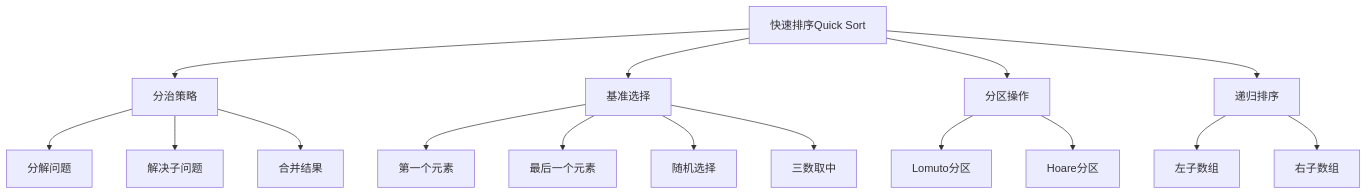
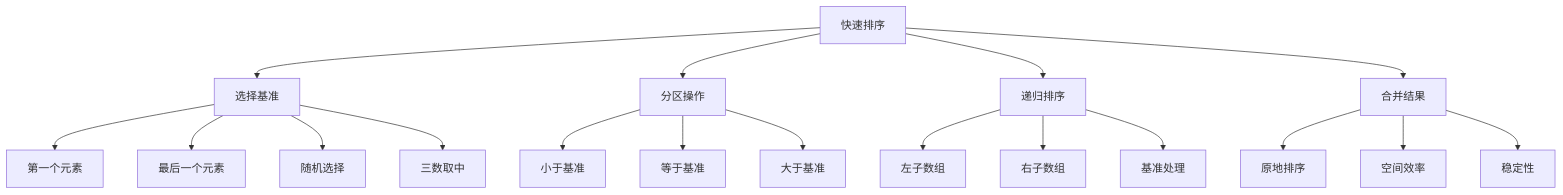
The diagram in 计算机/编程基础/数据结构/04-算法武器库/02-排序艺术/02-快速排序算法.md (Anping2017/obsidian), drawn with Mermaid before and after one commit. The commit also changed other lines of this file and 622 other files, not shown here.

````diff
--- a/计算机/编程基础/数据结构/04-算法武器库/02-排序艺术/02-快速排序算法.md
+++ b/计算机/编程基础/数据结构/04-算法武器库/02-排序艺术/02-快速排序算法.md
@@ -9,22 +9,24 @@
 ```mermaid
 graph TD
-    A[快速排序Quick Sort] --> B[分治策略]
-    A --> C[基准选择]
-    A --> D[分区操作]
-    A --> E[递归排序]
+    A[快速排序] --> B[选择基准]
+    A --> C[分区操作]
+    A --> D[递归排序]
+    A --> E[合并结果]
     
-    B --> B1[分解问题]
-    B --> B2[解决子问题]
-    B --> B3[合并结果]
+    B --> B1[第一个元素]
+    B --> B2[最后一个元素]
+    B --> B3[随机选择]
+    B --> B4[三数取中]
     
-    C --> C1[第一个元素]
-    C --> C2[最后一个元素]
-    C --> C3[随机选择]
-    C --> C4[三数取中]
+    C --> C1[小于基准]
+    C --> C2[等于基准]
+    C --> C3[大于基准]
     
-    D --> D1[Lomuto分区]
-    D --> D2[Hoare分区]
+    D --> D1[左子数组]
+    D --> D2[右子数组]
+    D --> D3[基准处理]
     
-    E --> E1[左子数组]
-    E --> E2[右子数组]
+    E --> E1[原地排序]
+    E --> E2[空间效率]
+    E --> E3[稳定性]
 ```
````
